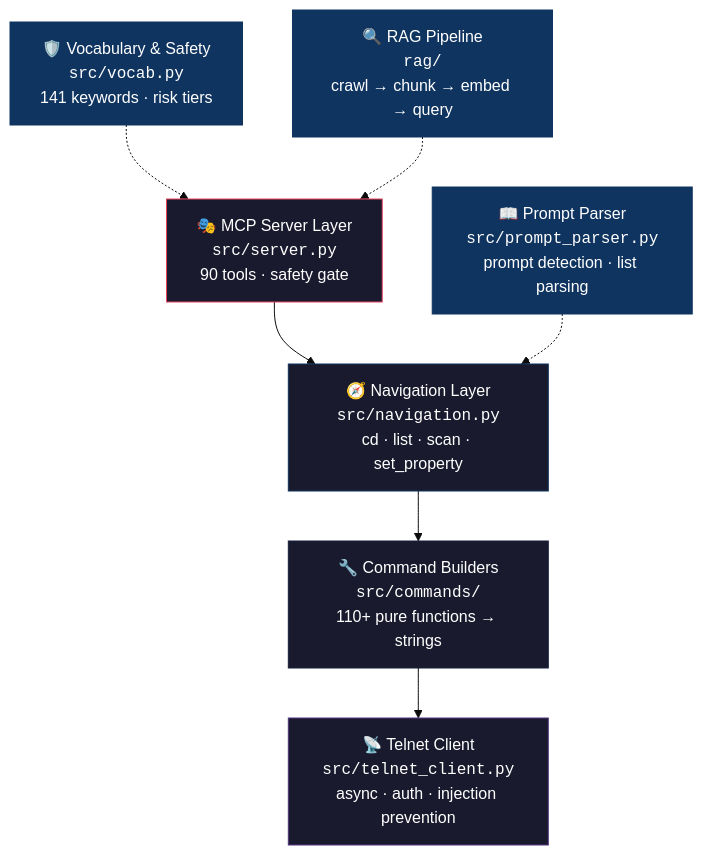
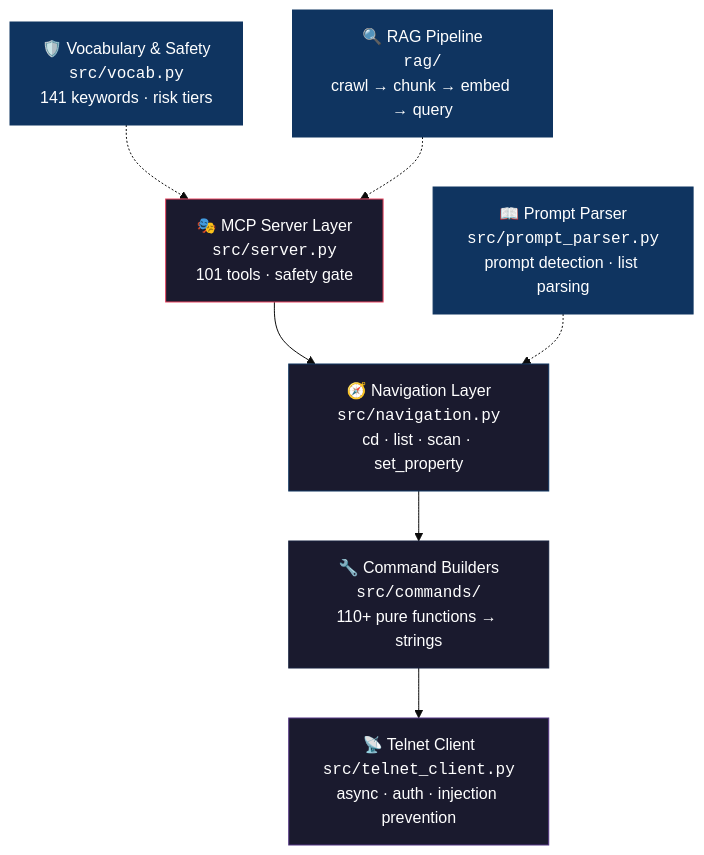
Before and after one commit to thisis-romar/ma2-onPC-MCP: the first of 3 diagrams in README.md, drawn with Mermaid (base theme). The commit also changed other lines of this file and 4 other files, not shown here.

````diff
--- a/README.md
+++ b/README.md
@@ -55,19 +55,19 @@
 ```mermaid
 graph TD
-    A["🎭 MCP Server Layer<br/><code>src/server.py</code><br/>90 tools · safety gate"] --> B
+    A["🎭 MCP Server Layer<br/><code>src/server.py</code><br/>101 tools · safety gate"] --> B
     B["🧭 Navigation Layer<br/><code>src/navigation.py</code><br/>cd · list · scan · set_property"] --> C
     C["🔧 Command Builders<br/><code>src/commands/</code><br/>110+ pure functions → strings"] --> D
     D["📡 Telnet Client<br/><code>src/telnet_client.py</code><br/>async · auth · injection prevention"]
 
     E["📖 Prompt Parser<br/><code>src/prompt_parser.py</code><br/>prompt detection · list parsing"] -.-> B
     F["🛡️ Vocabulary & Safety<br/><code>src/vocab.py</code><br/>141 keywords · risk tiers"] -.-> A
     G["🔍 RAG Pipeline<br/><code>rag/</code><br/>crawl → chunk → embed → query"] -.-> A
 
     style A fill:#1a1a2e,stroke:#e94560,color:#fff
     style B fill:#1a1a2e,stroke:#0f3460,color:#fff
     style C fill:#1a1a2e,stroke:#16213e,color:#fff
     style D fill:#1a1a2e,stroke:#533483,color:#fff
     style E fill:#0f3460,stroke:#0f3460,color:#fff
     style F fill:#0f3460,stroke:#0f3460,color:#fff
     style G fill:#0f3460,stroke:#0f3460,color:#fff
 ```
````
